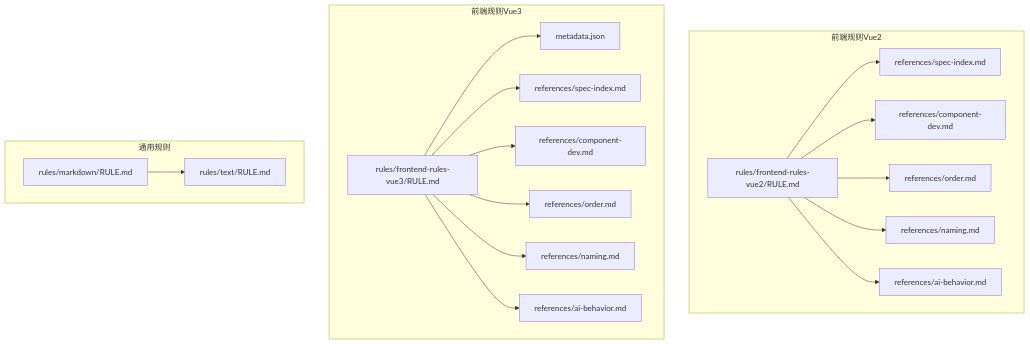
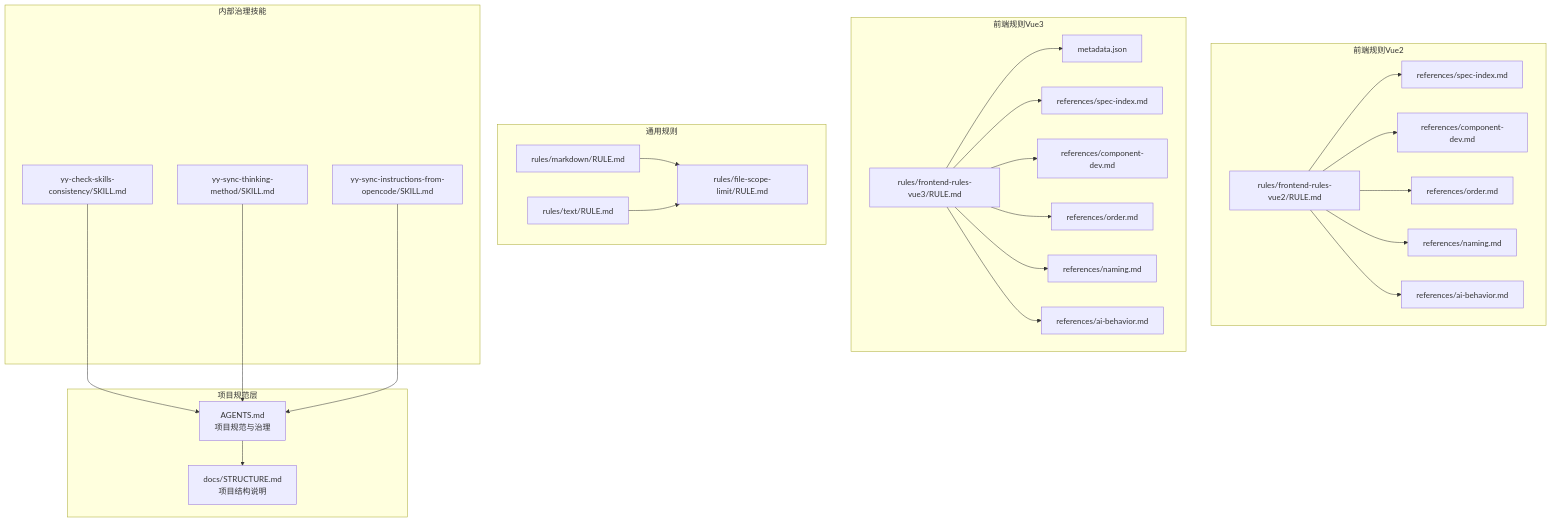
One commit to bulls-cows/skills changed the first of 6 diagrams in .qoder/repowiki/zh/content/规则系统/规则系统.md. Above: the diagram before and after it, drawn with Mermaid. The commit also changed other lines of this file and 3 other files, not shown here.

````diff
--- a/.qoder/repowiki/zh/content/规则系统/规则系统.md
+++ b/.qoder/repowiki/zh/content/规则系统/规则系统.md
@@ -46,36 +63,51 @@
 ```mermaid
 graph TB
+subgraph "项目规范层"
+AGENTS["AGENTS.md<br/>项目规范与治理"]
+STRUCT["docs/STRUCTURE.md<br/>项目结构说明"]
+end
 subgraph "前端规则Vue2"
 V2Main["rules/frontend-rules-vue2/RULE.md"]
 V2Spec["references/spec-index.md"]
 V2Comp["references/component-dev.md"]
 V2Order["references/order.md"]
 V2Naming["references/naming.md"]
 V2AI["references/ai-behavior.md"]
 end
 subgraph "前端规则Vue3"
 V3Main["rules/frontend-rules-vue3/RULE.md"]
 V3Meta["metadata.json"]
 V3Spec["references/spec-index.md"]
 V3Comp["references/component-dev.md"]
 V3Order["references/order.md"]
 V3Naming["references/naming.md"]
 V3AI["references/ai-behavior.md"]
 end
 subgraph "通用规则"
 MD["rules/markdown/RULE.md"]
 TXT["rules/text/RULE.md"]
+FSL["rules/file-scope-limit/RULE.md"]
 end
+subgraph "内部治理技能"
+CONSIST["yy-check-skills-consistency/SKILL.md"]
+THINK["yy-sync-thinking-method/SKILL.md"]
+OPENC["yy-sync-instructions-from-opencode/SKILL.md"]
+end
+AGENTS --> STRUCT
 V2Main --> V2Spec
 V2Main --> V2Comp
 V2Main --> V2Order
 V2Main --> V2Naming
 V2Main --> V2AI
 V3Main --> V3Meta
 V3Main --> V3Spec
 V3Main --> V3Comp
 V3Main --> V3Order
 V3Main --> V3Naming
 V3Main --> V3AI
-MD --> TXT
+MD --> FSL
+TXT --> FSL
+CONSIST --> AGENTS
+THINK --> AGENTS
+OPENC --> AGENTS
 ```
````
